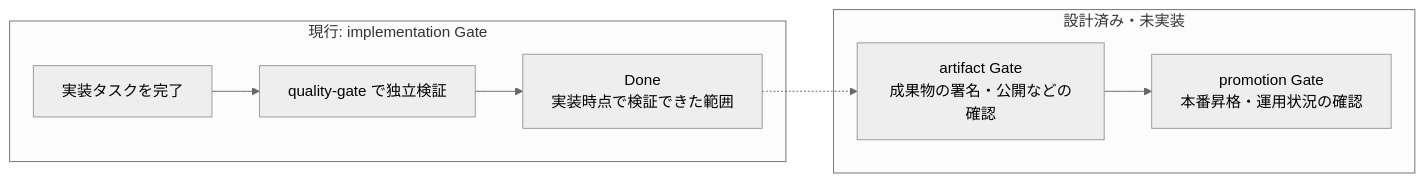
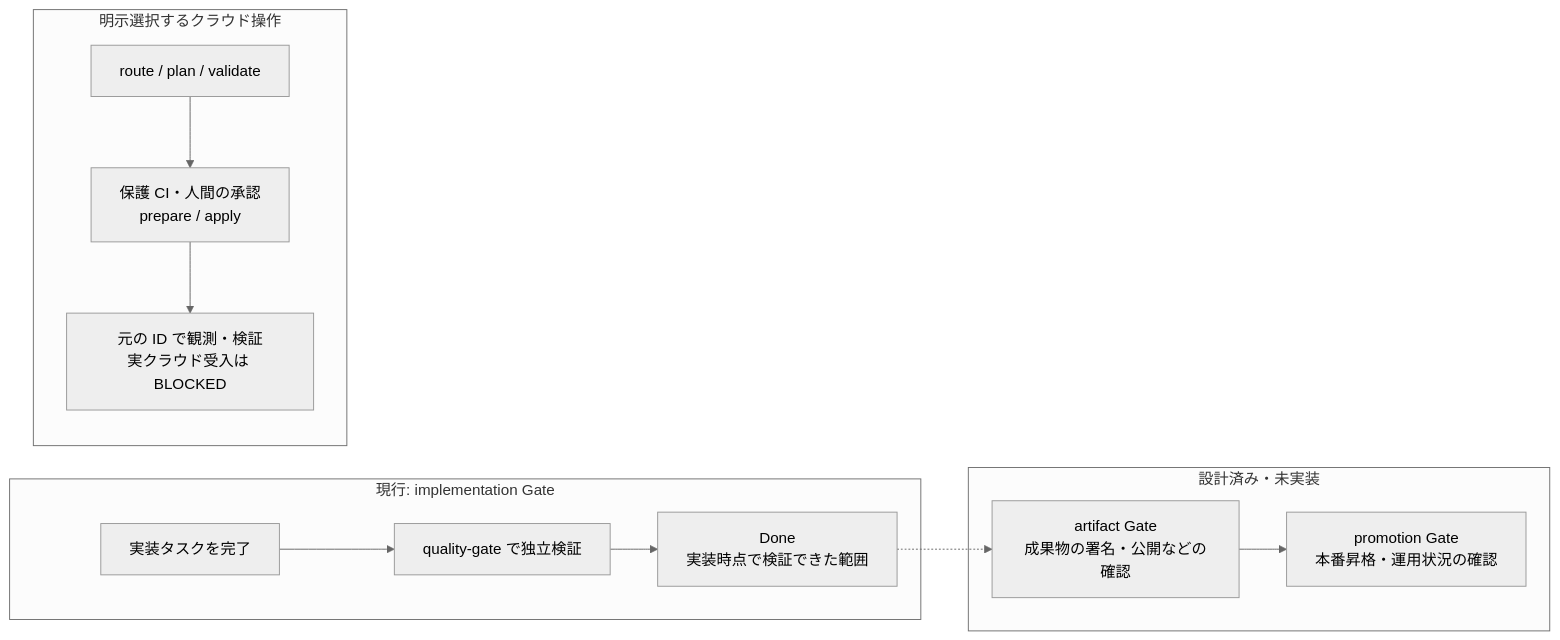
The second of 2 diagrams in docs/cloud/README.md (aharada54914/sdd-forge), drawn with Mermaid (neutral theme) before and after one commit. The commit also changed other lines of this file and 206 other files, not shown here.

````diff
--- a/docs/cloud/README.md
+++ b/docs/cloud/README.md
@@ -83,13 +90,17 @@
 ```mermaid
 flowchart LR
     subgraph NOW["現行: implementation Gate"]
         A["実装タスクを完了"] --> B["quality-gate で独立検証"]
         B --> C["Done<br/>実装時点で検証できた範囲"]
+    end
+    subgraph CLOUD["明示選択するクラウド操作"]
+        P["route / plan / validate"] --> Q["保護 CI・人間の承認<br/>prepare / apply"]
+        Q --> R["元の ID で観測・検証<br/>実クラウド受入は BLOCKED"]
     end
     subgraph LATER["設計済み・未実装"]
         D["artifact Gate<br/>成果物の署名・公開などの確認"]
         E["promotion Gate<br/>本番昇格・運用状況の確認"]
         D --> E
     end
     C -.-> D
 ```
````
